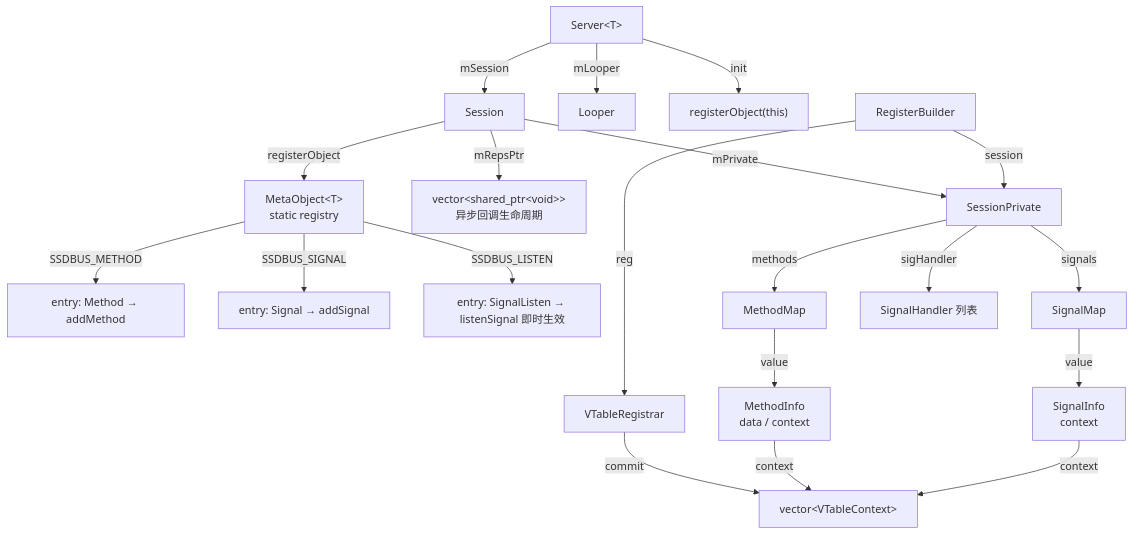
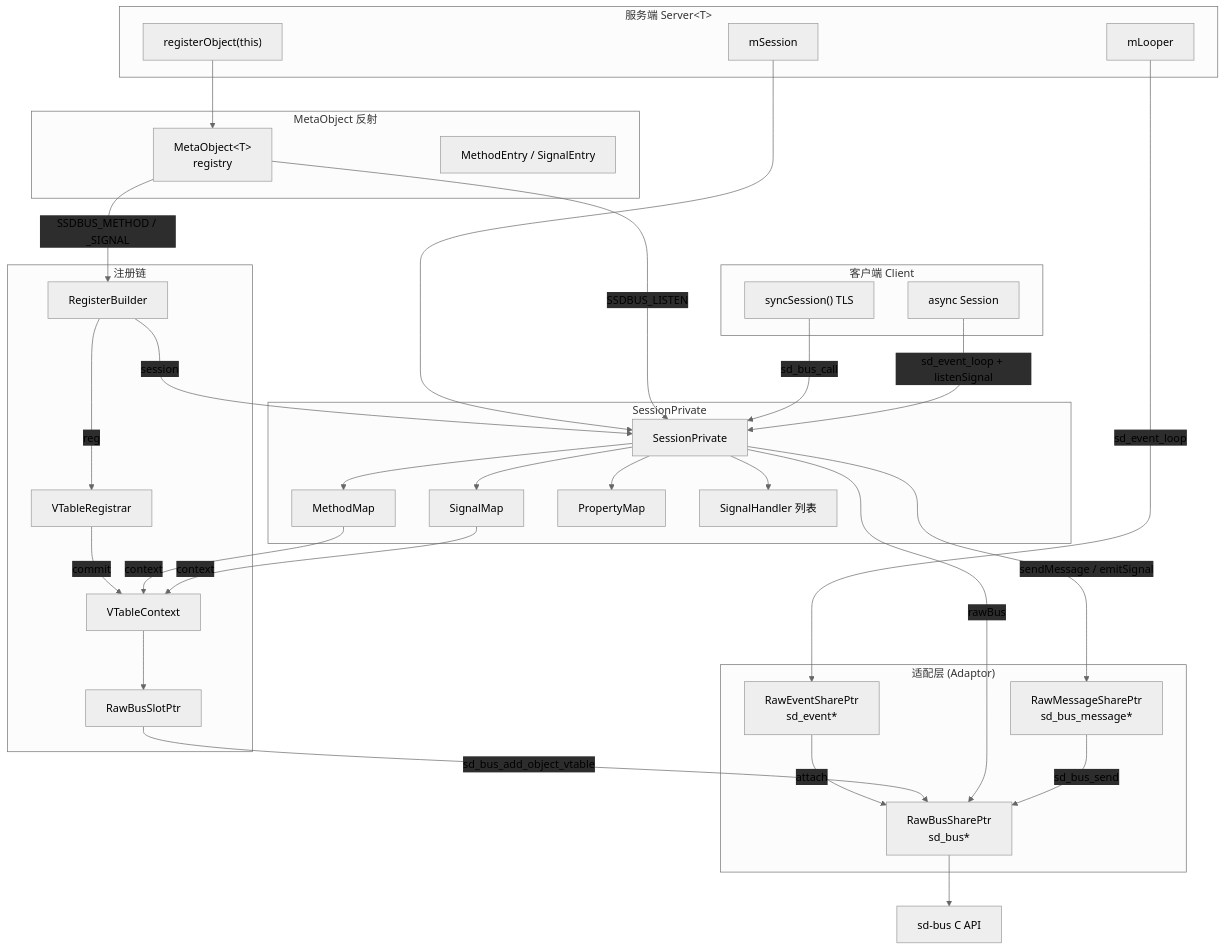
One commit to soul-science/dbusxx changed the second of 2 diagrams in plan.md. Above: the diagram before and after it, drawn with Mermaid. The commit also changed other lines of this file and 8 other files, not shown here.

````diff
--- a/plan.md
+++ b/plan.md
@@ -177,29 +189,69 @@
 ```mermaid
+%%{init: {'theme': 'neutral', 'themeVariables': { 'edgeLabelBackground':'#2d2d2d' }}}%%
 graph TD
-    Server["Server&lt;T&gt;"] -->|mSession| Session_c["Session"]
-    Server -->|mLooper| Looper_c["Looper"]
-    Server -->|init| RO["registerObject(this)"]
+    subgraph 服务端["服务端 Server&lt;T&gt;"]
+        S_Session["mSession"]
+        S_Looper["mLooper"]
+        S_RO["registerObject(this)"]
+    end
 
-    Session_c -->|mPrivate| SP["SessionPrivate"]
-    Session_c -->|mRepsPtr| Reps["vector&lt;shared_ptr&lt;void&gt;&gt;<br/>异步回调生命周期"]
-    Session_c -->|registerObject| MO["MetaObject&lt;T&gt;<br/>static registry"]
+    subgraph 客户端["客户端 Client"]
+        C_Sync["syncSession() TLS"]
+        C_Async["async Session"]
+    end
 
-    MO -->|SSDBUS_METHOD| RM["entry: Method → addMethod"]
-    MO -->|SSDBUS_SIGNAL| RS["entry: Signal → addSignal"]
-    MO -->|SSDBUS_LISTEN| RL["entry: SignalListen → listenSignal 即时生效"]
+    subgraph 核心["SessionPrivate"]
+        SP["SessionPrivate"]
+        MM["MethodMap"]
+        SM["SignalMap"]
+        PropM["PropertyMap"]
+        SigH["SignalHandler 列表"]
+    end
 
-    SP -->|methods| MM["MethodMap"]
-    SP -->|signals| SM["SignalMap"]
-    SP -->|sigHandler| SigH["SignalHandler 列表"]
+    subgraph 注册链["注册链"]
+        RB["RegisterBuilder"]
+        VReg["VTableRegistrar"]
+        VCTX["VTableContext"]
+        Slot["RawBusSlotPtr"]
+    end
 
-    RegisterBuilder -->|session| SP
-    RegisterBuilder -->|reg| VReg["VTableRegistrar"]
+    subgraph 适配层["适配层 (Adaptor)"]
+        RawBus["RawBusSharePtr<br/>sd_bus*"]
+        RawMsg["RawMessageSharePtr<br/>sd_bus_message*"]
+        RawEvent["RawEventSharePtr<br/>sd_event*"]
+    end
 
-    VReg -->|commit| VCTX["vector&lt;VTableContext&gt;"]
+    subgraph 反射["MetaObject 反射"]
+        MO["MetaObject&lt;T&gt;<br/>registry"]
+        Entry["MethodEntry / SignalEntry"]
+    end
 
-    MM -->|value| MI["MethodInfo<br/>data / context"]
-    SM -->|value| SI["SignalInfo<br/>context"]
+    S_Session --> SP
+    S_Looper -->|sd_event_loop| RawEvent
+    RawEvent -->|attach| RawBus
+    S_RO --> MO
 
-    MI -->|context| VCTX
-    SI -->|context| VCTX
+    MO -->|SSDBUS_METHOD / _SIGNAL| RB
+    MO -->|SSDBUS_LISTEN| SP
+    RB -->|session| SP
+    RB -->|reg| VReg
+    VReg -->|commit| VCTX
+    VCTX --> Slot
+    Slot -->|sd_bus_add_object_vtable| RawBus
+
+    SP -->|rawBus| RawBus
+    SP -->|sendMessage / emitSignal| RawMsg
+    RawMsg -->|sd_bus_send| RawBus
+    RawBus --> sd_bus["sd-bus C API"]
+
+    SP --> MM
+    SP --> SM
+    SP --> PropM
+    SP --> SigH
+
+    MM -->|context| VCTX
+    SM -->|context| VCTX
+
+    C_Sync -->|sd_bus_call| SP
+    C_Async -->|sd_event_loop + listenSignal| SP
 ```
````
